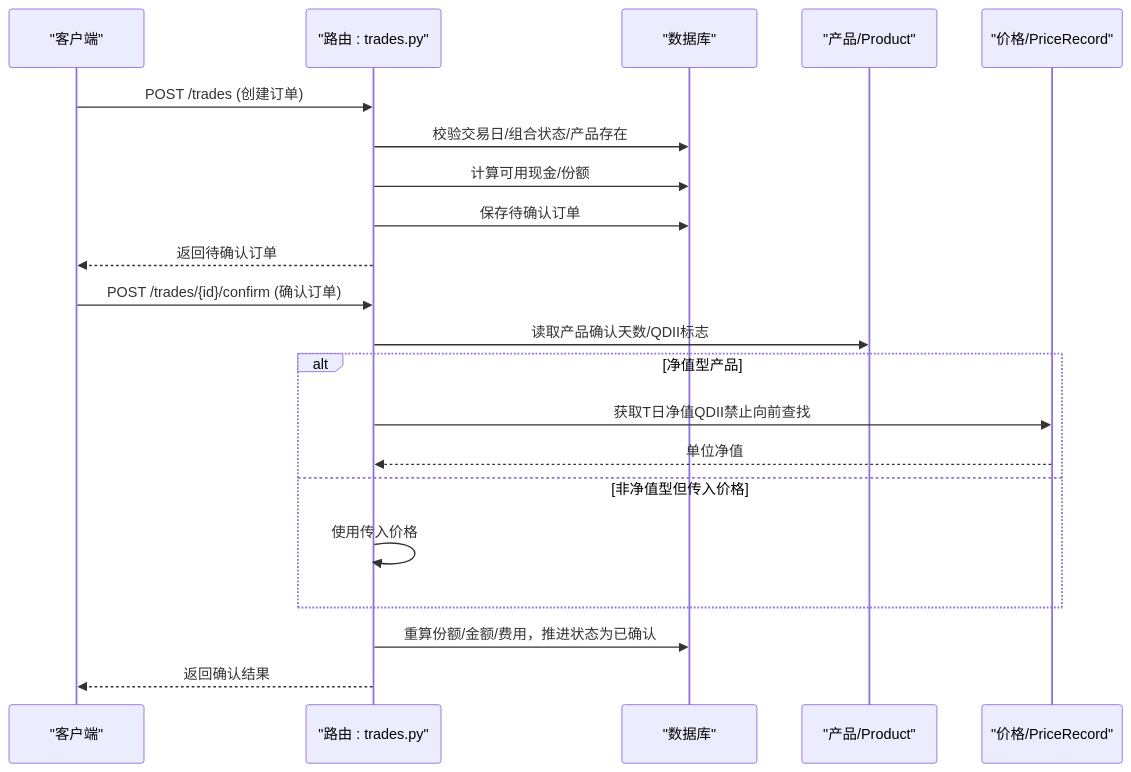
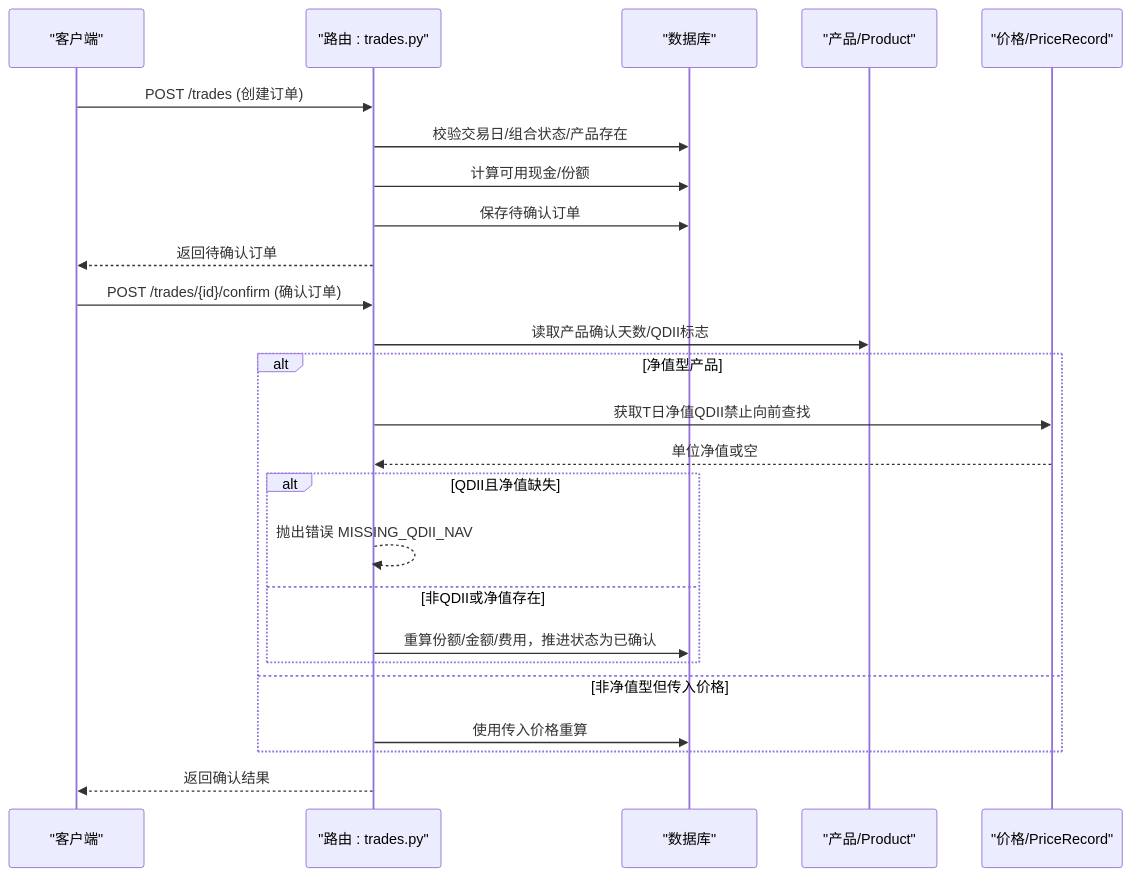
The second of 9 diagrams in .qoder/repowiki/zh/content/核心业务功能/交易处理.md (gujialind/InvestRing), drawn with Mermaid before and after one commit. The commit also changed other lines of this file and 16 other files, not shown here.

````diff
--- a/.qoder/repowiki/zh/content/核心业务功能/交易处理.md
+++ b/.qoder/repowiki/zh/content/核心业务功能/交易处理.md
@@ -109,23 +131,27 @@
 ```mermaid
 sequenceDiagram
 participant C as "客户端"
 participant R as "路由 : trades.py"
 participant DB as "数据库"
 participant P as "产品/Product"
 participant PR as "价格/PriceRecord"
 C->>R : POST /trades (创建订单)
 R->>DB : 校验交易日/组合状态/产品存在
 R->>DB : 计算可用现金/份额
 R->>DB : 保存待确认订单
 R-->>C : 返回待确认订单
 C->>R : POST /trades/{id}/confirm (确认订单)
 R->>P : 读取产品确认天数/QDII标志
 alt 净值型产品
 R->>PR : 获取T日净值QDII禁止向前查找
-PR-->>R : 单位净值
+PR-->>R : 单位净值或空
+alt QDII且净值缺失
+R-->>R : 抛出错误 MISSING_QDII_NAV
+else 非QDII或净值存在
+R->>DB : 重算份额/金额/费用，推进状态为已确认
+end
 else 非净值型但传入价格
-R->>R : 使用传入价格
+R->>DB : 使用传入价格重算
 end
-R->>DB : 重算份额/金额/费用，推进状态为已确认
 R-->>C : 返回确认结果
 ```
````
